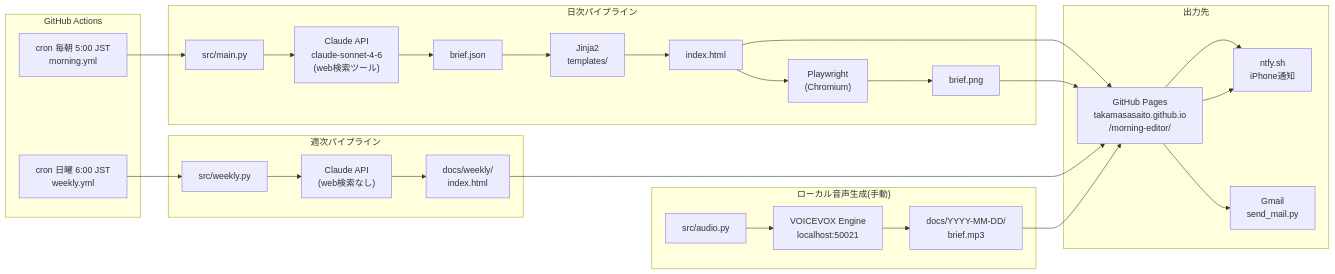
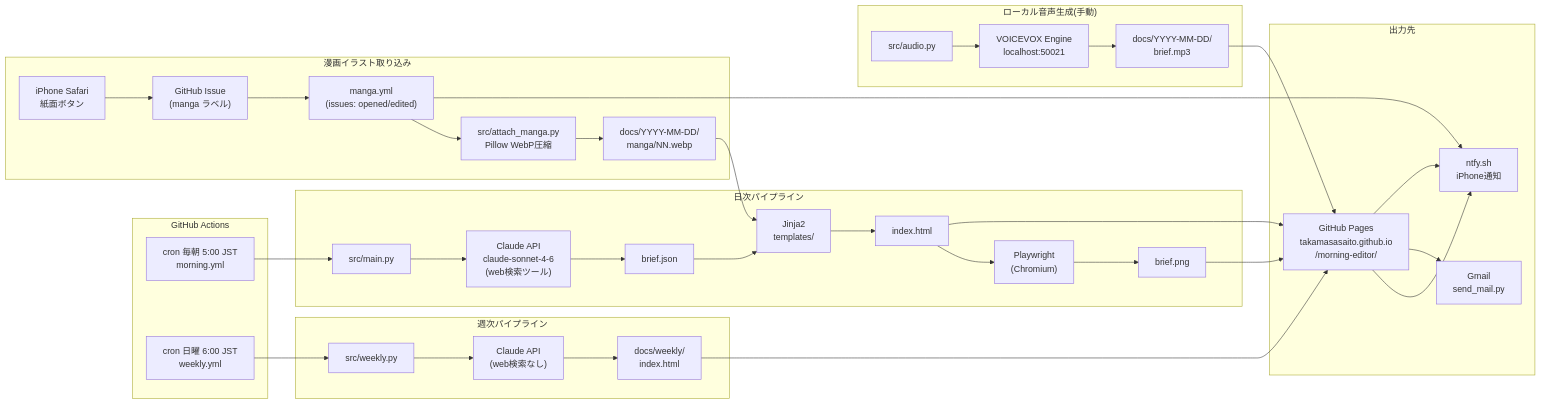
Before and after one commit to TakamasaSaito/morning-editor: the diagram in ARCHITECTURE.md, drawn with Mermaid. The commit also changed other lines of this file and 7 other files, not shown here.

````diff
--- a/ARCHITECTURE.md
+++ b/ARCHITECTURE.md
@@ -5,54 +5,66 @@
 ```mermaid
 flowchart LR
     subgraph Actions["GitHub Actions"]
         cron_daily["cron 毎朝 5:00 JST\nmorning.yml"]
         cron_weekly["cron 日曜 6:00 JST\nweekly.yml"]
     end
 
     subgraph Daily["日次パイプライン"]
         main["src/main.py"]
         claude_api["Claude API\nclaude-sonnet-4-6\n(web検索ツール)"]
         json["brief.json"]
         jinja["Jinja2\ntemplates/"]
         html["index.html"]
         playwright["Playwright\n(Chromium)"]
         png["brief.png"]
     end
 
     subgraph Weekly["週次パイプライン"]
         weekly["src/weekly.py"]
         claude_weekly["Claude API\n(web検索なし)"]
         weekly_out["docs/weekly/\nindex.html"]
     end
 
     subgraph LocalAudio["ローカル音声生成(手動)"]
         audio["src/audio.py"]
         voicevox["VOICEVOX Engine\nlocalhost:50021"]
         mp3["docs/YYYY-MM-DD/\nbrief.mp3"]
     end
 
+    subgraph MangaFlow["漫画イラスト取り込み"]
+        iphone["iPhone Safari\n紙面ボタン"]
+        issue["GitHub Issue\n(manga ラベル)"]
+        manga_wf["manga.yml\n(issues: opened/edited)"]
+        attach["src/attach_manga.py\nPillow WebP圧縮"]
+        webp["docs/YYYY-MM-DD/\nmanga/NN.webp"]
+    end
+
     subgraph Output["出力先"]
         pages["GitHub Pages\ntakamasasaito.github.io\n/morning-editor/"]
         ntfy["ntfy.sh\niPhone通知"]
         gmail["Gmail\nsend_mail.py"]
     end
 
     cron_daily --> main
     main --> claude_api
     claude_api --> json
     json --> jinja --> html
     html --> playwright --> png
     html --> pages
     png --> pages
     pages --> ntfy
     pages --> gmail
 
     cron_weekly --> weekly
     weekly --> claude_weekly
     claude_weekly --> weekly_out
     weekly_out --> pages
     pages --> ntfy
 
     audio --> voicevox --> mp3
     mp3 --> pages
+
+    iphone --> issue --> manga_wf --> attach --> webp
+    webp --> jinja
+    manga_wf --> ntfy
 ```
````
